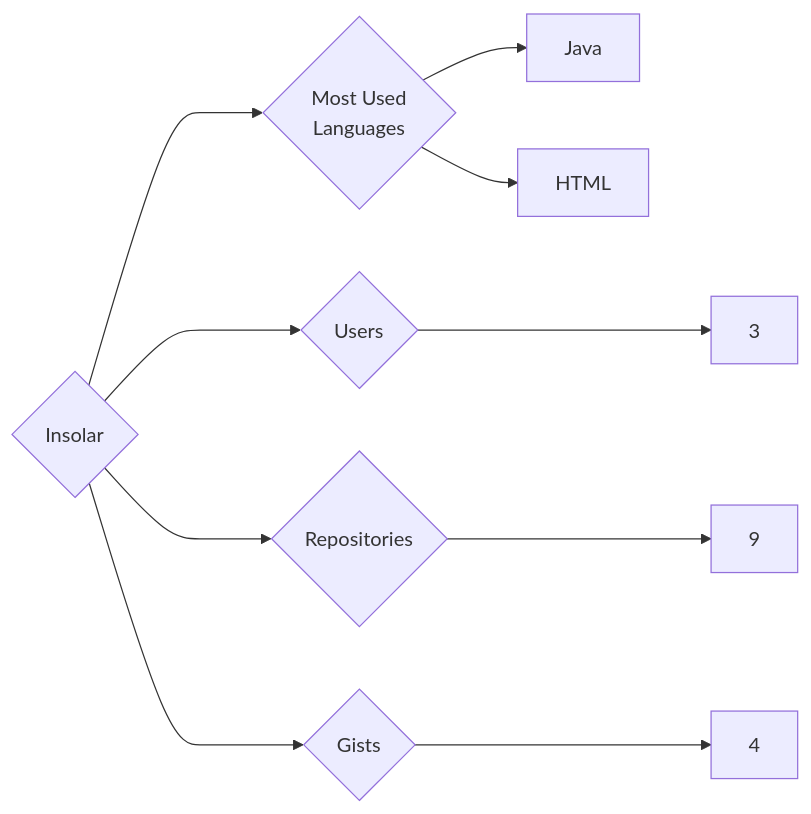
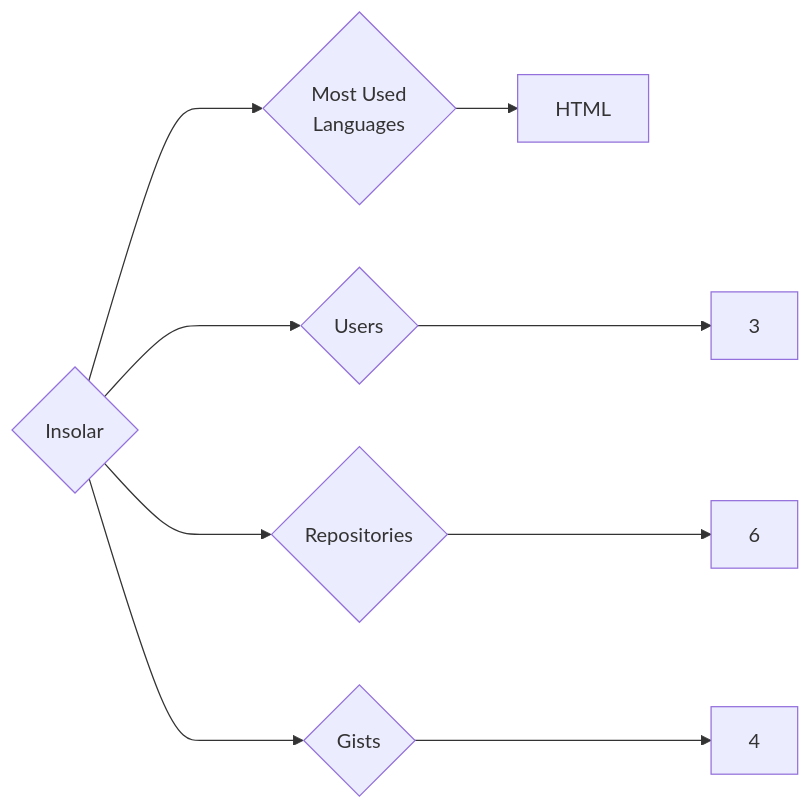
The diagram in targets/Insolar/README.md (trickest/insiders), drawn with Mermaid before and after one commit. The commit also changed 715 other files, not shown here.

````diff
--- a/targets/Insolar/README.md
+++ b/targets/Insolar/README.md
@@ -3,10 +3,9 @@
 ```mermaid
 graph LR
 COMPANY_NAME{Insolar}
 COMPANY_NAME ---> U{Users} ---> UN[3]
-COMPANY_NAME ---> R{Repositories} ---> RN[9]
+COMPANY_NAME ---> R{Repositories} ---> RN[6]
 COMPANY_NAME ---> G{Gists} ---> GN[4]
 COMPANY_NAME ---> ML{Most Used<br>Languages}
-ML --> Java[Java]
 ML --> HTML[HTML]
 ```
````
